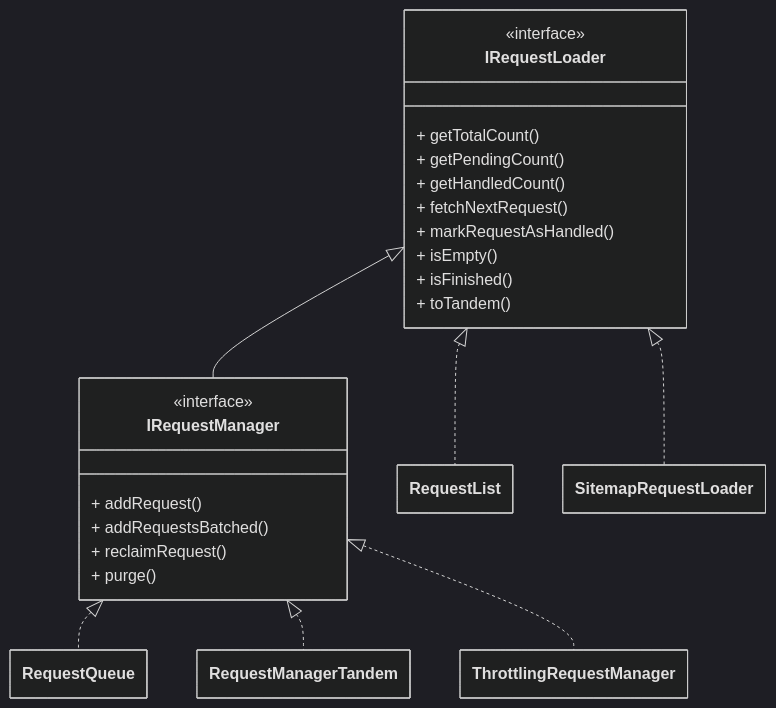
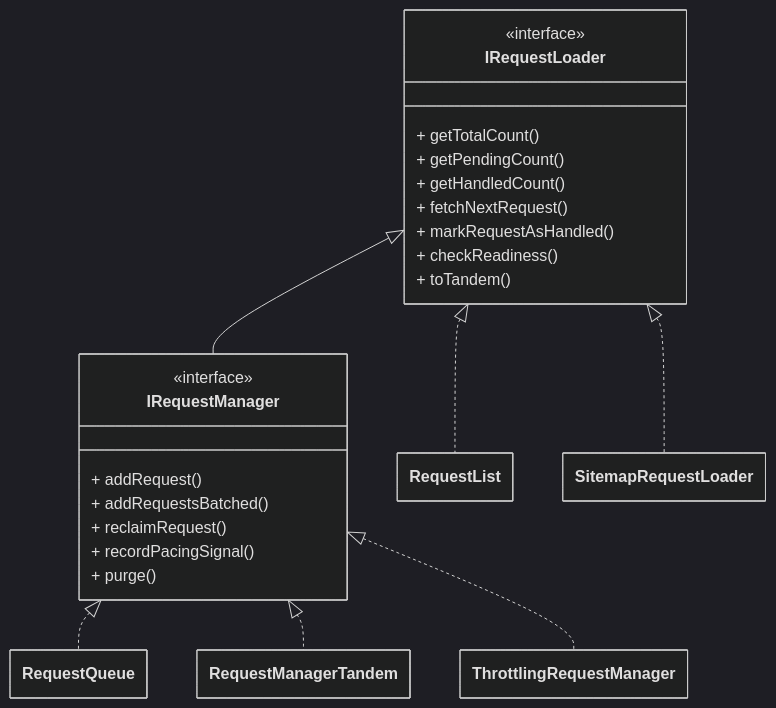
The diagram in docs/guides/request_loaders.mdx (apify/crawlee), drawn with Mermaid (dark theme) before and after one commit. The commit also changed other lines of this file and 21 other files, not shown here.

First line of the commit message:
refactor!: Add checkReadiness() and recordPacingSignal() to IRequestManager to fix leaky abstraction of ThrottlingRequestManager (#4061)

````diff
--- a/docs/guides/request_loaders.mdx
+++ b/docs/guides/request_loaders.mdx
@@ -38,58 +38,58 @@
 ```mermaid
 ---
 config:
     class:
         hideEmptyMembersBox: true
 ---
 
 classDiagram
 
 %% ========================
 %% Abstract interfaces
 %% ========================
 
 class IRequestLoader {
     <<interface>>
     + getTotalCount()
     + getPendingCount()
     + getHandledCount()
     + fetchNextRequest()
     + markRequestAsHandled()
-    + isEmpty()
-    + isFinished()
+    + checkReadiness()
     + toTandem()
 }
 
 class IRequestManager {
     <<interface>>
     + addRequest()
     + addRequestsBatched()
     + reclaimRequest()
+    + recordPacingSignal()
     + purge()
 }
 
 %% ========================
 %% Concrete classes
 %% ========================
 
 class RequestQueue
 
 class RequestList
 
 class SitemapRequestLoader
 
 class RequestManagerTandem
 
 class ThrottlingRequestManager
 
 %% ========================
 %% Inheritance arrows
 %% ========================
 
 IRequestLoader <|-- IRequestManager
 IRequestLoader <|.. RequestList
 IRequestLoader <|.. SitemapRequestLoader
 IRequestManager <|.. RequestQueue
 IRequestManager <|.. RequestManagerTandem
 IRequestManager <|.. ThrottlingRequestManager
 ```
````
